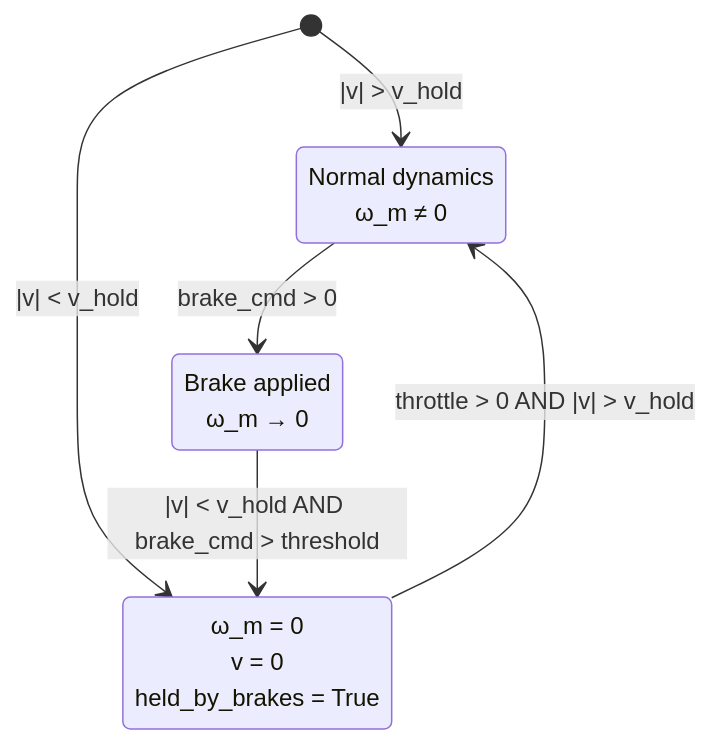
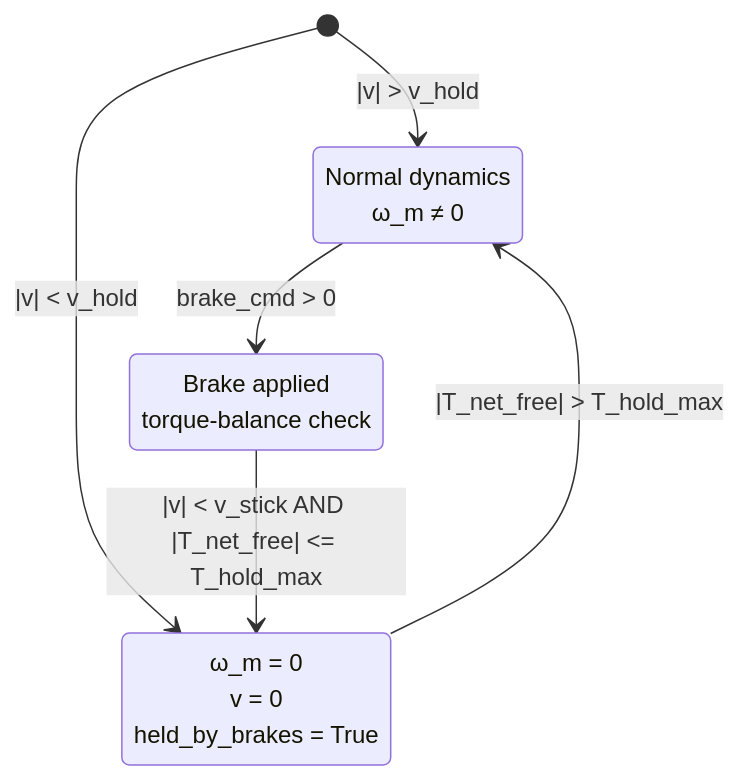
Before and after one commit to imagry/VehicleDynamics: the fifth of 5 diagrams in docs/dynamics_model.md, drawn with Mermaid. The commit also changed other lines of this file and 20 other files, not shown here.

````diff
--- a/docs/dynamics_model.md
+++ b/docs/dynamics_model.md
@@ -576,13 +573,13 @@
 ```mermaid
 stateDiagram-v2
     [*] --> Moving: |v| > v_hold
     [*] --> Standstill: |v| < v_hold
     
     Moving --> Braking: brake_cmd > 0
-    Braking --> Standstill: |v| < v_hold AND brake_cmd > threshold
-    Standstill --> Moving: throttle > 0 AND |v| > v_hold
+    Braking --> Standstill: |v| < v_stick AND |T_net_free| <= T_hold_max
+    Standstill --> Moving: |T_net_free| > T_hold_max
     
     Standstill: ω_m = 0<br/>v = 0<br/>held_by_brakes = True
     Moving: Normal dynamics<br/>ω_m ≠ 0
-    Braking: Brake applied<br/>ω_m → 0
+    Braking: Brake applied<br/>torque-balance check
 ```
````
